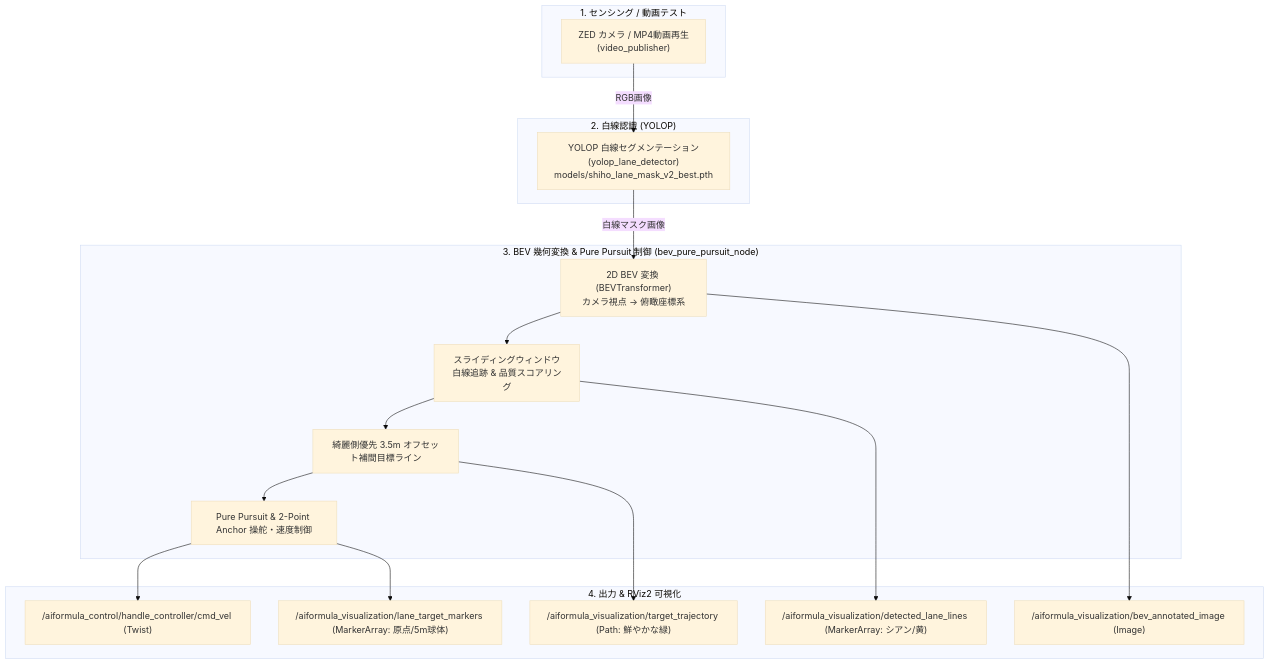
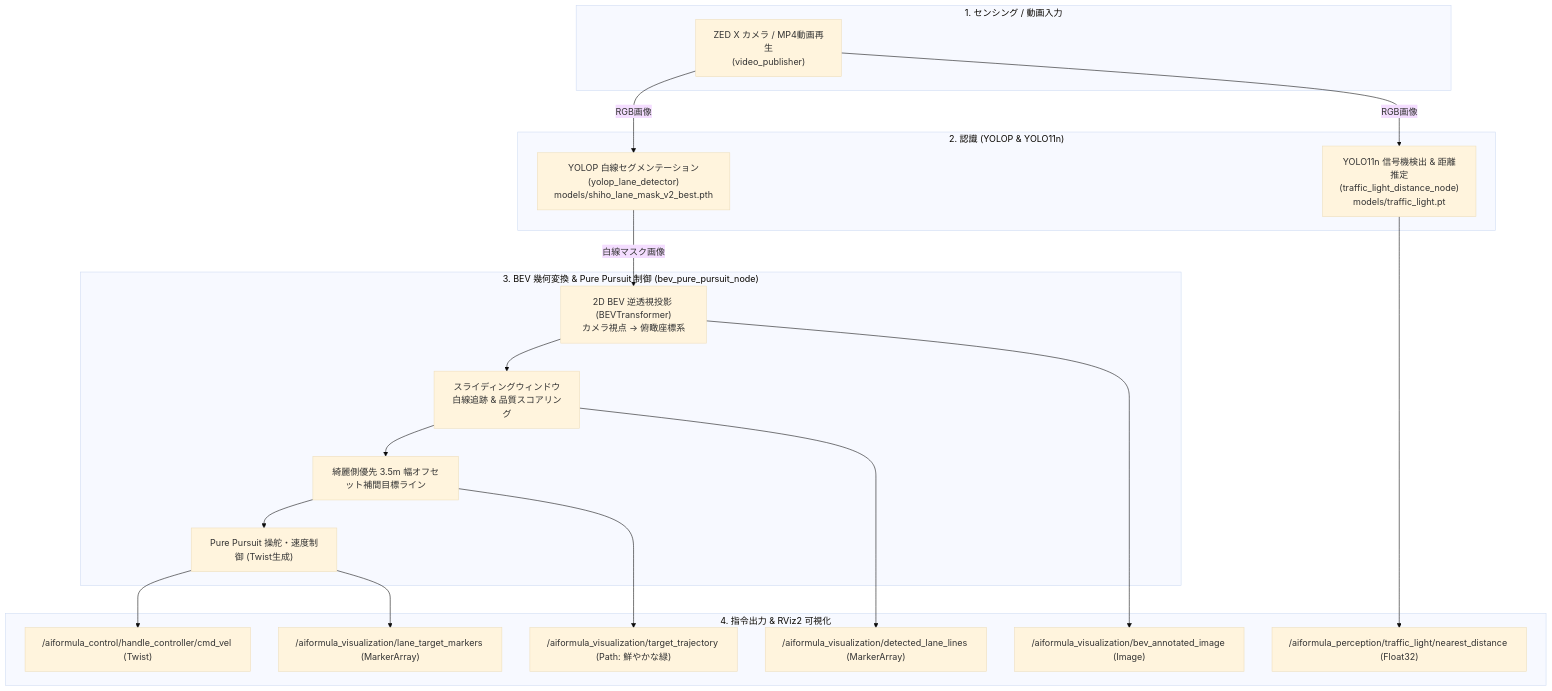
Before and after one commit to miyanswer/aiformula_machine: the diagram in src/oit_navigation/README.md, drawn with Mermaid (base theme). The commit also changed other lines of this file and 19 other files, not shown here.

````diff
--- a/src/oit_navigation/README.md
+++ b/src/oit_navigation/README.md
@@ -11,36 +11,40 @@
 ```mermaid
 flowchart TD
-    subgraph Sensing ["1. センシング / 動画テスト"]
-        CAM["ZED カメラ / MP4動画再生<br>(video_publisher)"]
+    subgraph Sensing ["1. センシング / 動画入力"]
+        CAM["ZED X カメラ / MP4動画再生<br>(video_publisher)"]
     end
 
-    subgraph Perception ["2. 白線認識 (YOLOP)"]
+    subgraph Perception ["2. 認識 (YOLOP & YOLO11n)"]
         YOLOP["YOLOP 白線セグメンテーション<br>(yolop_lane_detector)<br>models/shiho_lane_mask_v2_best.pth"]
+        YOLO_TL["YOLO11n 信号機検出 & 距離推定<br>(traffic_light_distance_node)<br>models/traffic_light.pt"]
     end
 
     subgraph Control ["3. BEV 幾何変換 & Pure Pursuit 制御 (bev_pure_pursuit_node)"]
-        IPM["2D BEV 変換 (BEVTransformer)<br>カメラ視点 → 俯瞰座標系"]
+        IPM["2D BEV 逆透視投影 (BEVTransformer)<br>カメラ視点 → 俯瞰座標系"]
         WINDOW["スライディングウィンドウ白線追跡 & 品質スコアリング"]
-        OFFSET["綺麗側優先 3.5m オフセット補間目標ライン"]
-        PP["Pure Pursuit & 2-Point Anchor 操舵・速度制御"]
+        OFFSET["綺麗側優先 3.5m 幅オフセット補間目標ライン"]
+        PP["Pure Pursuit 操舵・速度制御 (Twist生成)"]
     end
 
-    subgraph Output ["4. 出力 & RViz2 可視化"]
+    subgraph Output ["4. 指令出力 & RViz2 可視化"]
         CMD["/aiformula_control/handle_controller/cmd_vel (Twist)"]
+        TL_DIST["/aiformula_perception/traffic_light/nearest_distance (Float32)"]
         RV_BEV["/aiformula_visualization/bev_annotated_image (Image)"]
-        RV_LANES["/aiformula_visualization/detected_lane_lines (MarkerArray: シアン/黄)"]
+        RV_LANES["/aiformula_visualization/detected_lane_lines (MarkerArray)"]
         RV_PATH["/aiformula_visualization/target_trajectory (Path: 鮮やかな緑)"]
-        RV_MARKER["/aiformula_visualization/lane_target_markers (MarkerArray: 原点/5m球体)"]
+        RV_MARKER["/aiformula_visualization/lane_target_markers (MarkerArray)"]
     end
 
     CAM -->|RGB画像| YOLOP
+    CAM -->|RGB画像| YOLO_TL
     YOLOP -->|白線マスク画像| IPM
     IPM --> WINDOW
     WINDOW --> OFFSET
     OFFSET --> PP
     PP --> CMD
+    YOLO_TL --> TL_DIST
     WINDOW --> RV_LANES
     OFFSET --> RV_PATH
     PP --> RV_MARKER
     IPM --> RV_BEV
 ```
````
